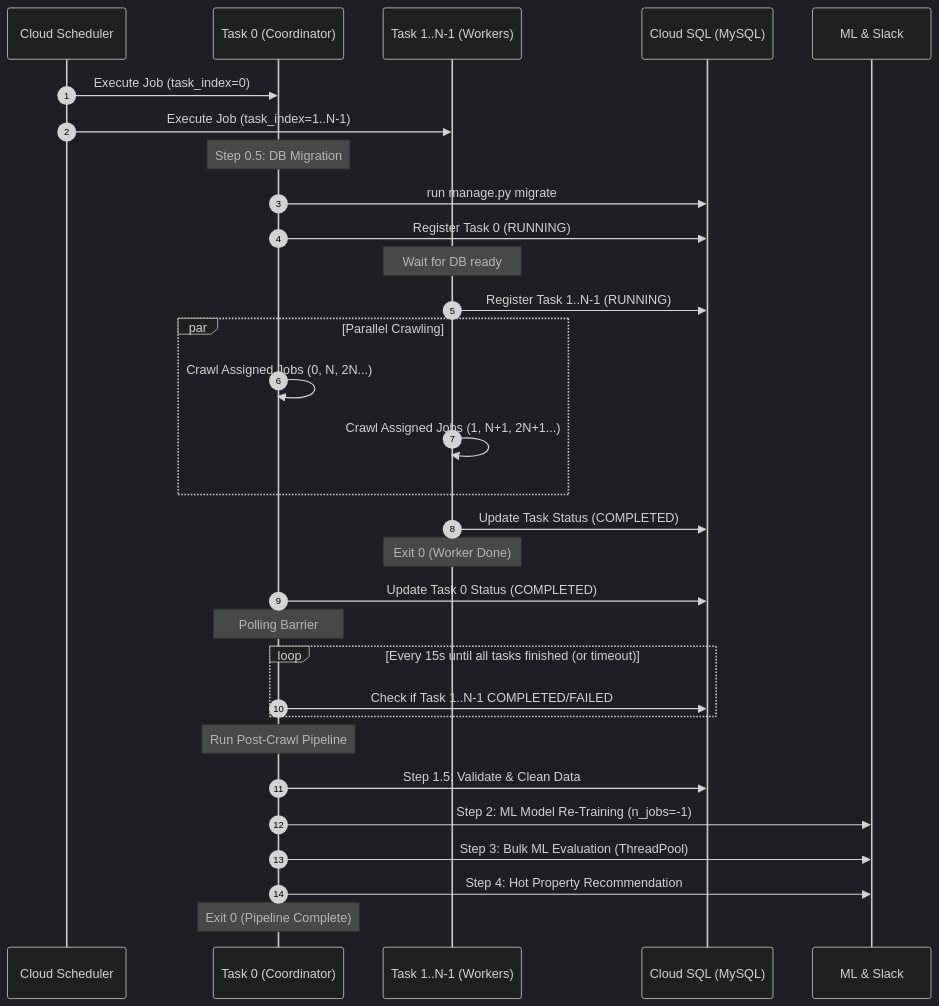
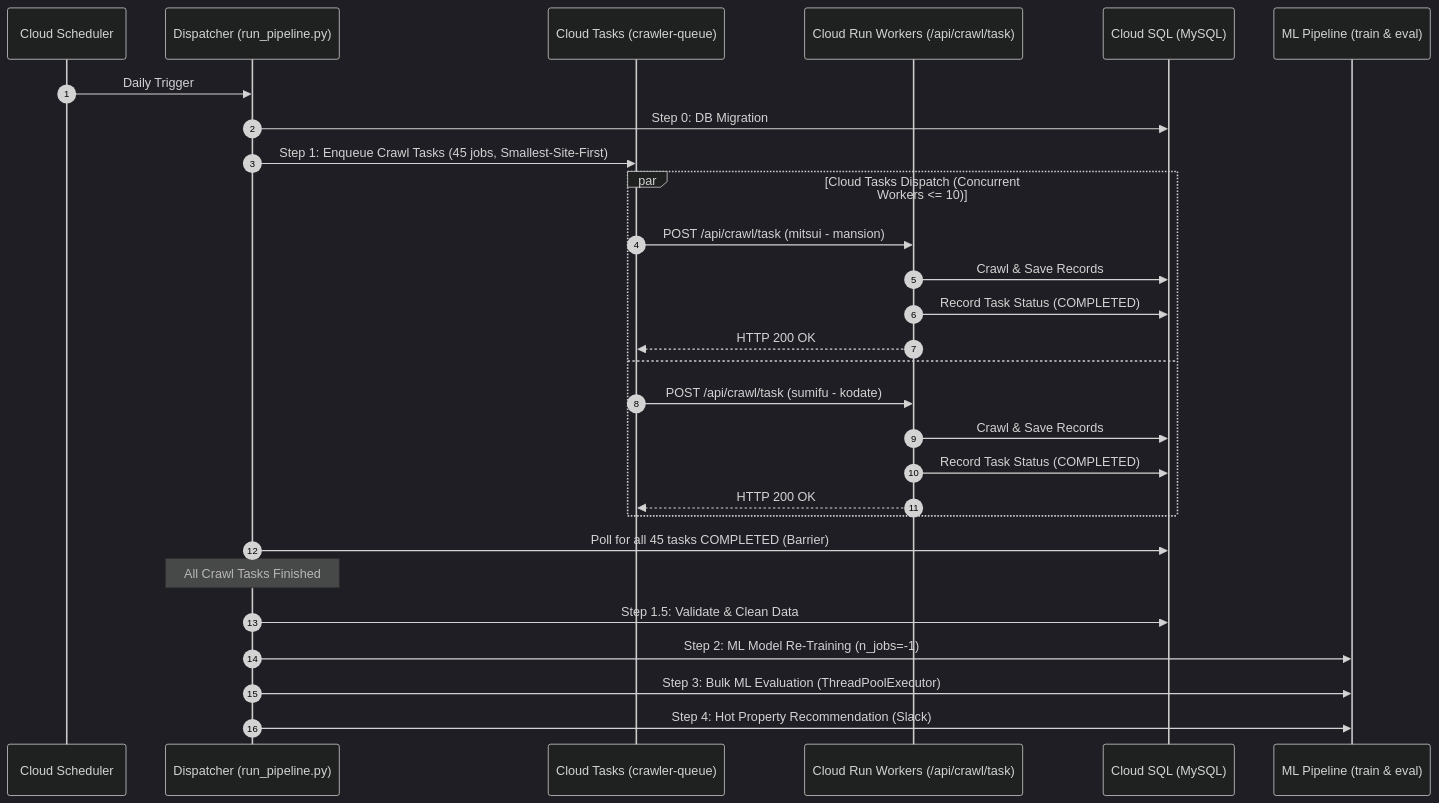
One commit to AnaharaYasuo/realestate_crawler changed the diagram in docs/internal_design/gcp_parallel_execution_design.md. Above: the diagram before and after it, drawn with Mermaid (dark theme). The commit also changed other lines of this file and 16 other files, not shown here.

Commit message:
feat(gcp): implement Cloud Tasks + Cloud Run parallel crawling and multithreaded ML evaluation

````diff
--- a/docs/internal_design/gcp_parallel_execution_design.md
+++ b/docs/internal_design/gcp_parallel_execution_design.md
@@ -53,40 +10,33 @@
 ```mermaid
 sequenceDiagram
     autonumber
     participant Sch as Cloud Scheduler
-    participant T0 as Task 0 (Coordinator)
-    participant T1 as Task 1..N-1 (Workers)
+    participant Disp as Dispatcher (run_pipeline.py)
+    participant CT as Cloud Tasks (crawler-queue)
+    participant CR as Cloud Run Workers (/api/crawl/task)
     participant DB as Cloud SQL (MySQL)
-    participant ML as ML & Slack
+    participant ML as ML Pipeline (train & eval)
 
-    Sch->>T0: Execute Job (task_index=0)
-    Sch->>T1: Execute Job (task_index=1..N-1)
+    Sch->>Disp: Daily Trigger
+    Disp->>DB: Step 0: DB Migration
+    Disp->>CT: Step 1: Enqueue Crawl Tasks (45 jobs, Smallest-Site-First)
 
-    Note over T0: Step 0.5: DB Migration
-    T0->>DB: run manage.py migrate
-    T0->>DB: Register Task 0 (RUNNING)
-    
-    Note over T1: Wait for DB ready
-    T1->>DB: Register Task 1..N-1 (RUNNING)
-
-    par Parallel Crawling
-        T0->>T0: Crawl Assigned Jobs (0, N, 2N...)
-        T1->>T1: Crawl Assigned Jobs (1, N+1, 2N+1...)
+    par Cloud Tasks Dispatch (Concurrent Workers <= 10)
+        CT->>CR: POST /api/crawl/task (mitsui - mansion)
+        CR->>DB: Crawl & Save Records
+        CR->>DB: Record Task Status (COMPLETED)
+        CR-->>CT: HTTP 200 OK
+    and
+        CT->>CR: POST /api/crawl/task (sumifu - kodate)
+        CR->>DB: Crawl & Save Records
+        CR->>DB: Record Task Status (COMPLETED)
+        CR-->>CT: HTTP 200 OK
     end
 
-    T1->>DB: Update Task Status (COMPLETED)
-    Note over T1: Exit 0 (Worker Done)
-
-    T0->>DB: Update Task 0 Status (COMPLETED)
-    Note over T0: Polling Barrier
-    loop Every 15s until all tasks finished (or timeout)
-        T0->>DB: Check if Task 1..N-1 COMPLETED/FAILED
-    end
-
-    Note over T0: Run Post-Crawl Pipeline
-    T0->>DB: Step 1.5: Validate & Clean Data
-    T0->>ML: Step 2: ML Model Re-Training (n_jobs=-1)
-    T0->>ML: Step 3: Bulk ML Evaluation (ThreadPool)
-    T0->>ML: Step 4: Hot Property Recommendation
-    Note over T0: Exit 0 (Pipeline Complete)
+    Disp->>DB: Poll for all 45 tasks COMPLETED (Barrier)
+    Note over Disp: All Crawl Tasks Finished
+    Disp->>DB: Step 1.5: Validate & Clean Data
+    Disp->>ML: Step 2: ML Model Re-Training (n_jobs=-1)
+    Disp->>ML: Step 3: Bulk ML Evaluation (ThreadPoolExecutor)
+    Disp->>ML: Step 4: Hot Property Recommendation (Slack)
 ```
````
